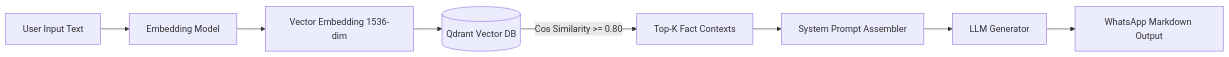
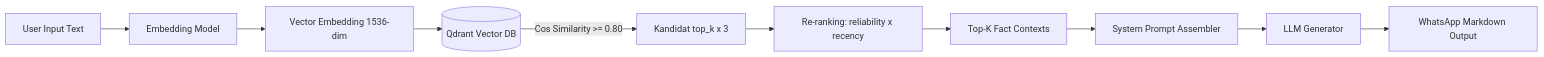
The diagram in obsidian-docs/Gemastik 2026 - Software Dev/03_Database/02_VectorDB_Specifications.md (dendik-creation/jawara-bot-ai), drawn with Mermaid before and after one commit. The commit also changed other lines of this file and 59 other files, not shown here.

````diff
--- a/obsidian-docs/Gemastik 2026 - Software Dev/03_Database/02_VectorDB_Specifications.md
+++ b/obsidian-docs/Gemastik 2026 - Software Dev/03_Database/02_VectorDB_Specifications.md
@@ -94,11 +103,13 @@
 ```mermaid
 flowchart LR
     Q[User Input Text] --> E[Embedding Model]
     E --> V[Vector Embedding 1536-dim]
     V --> QDB[(Qdrant Vector DB)]
 
-    QDB -->|Cos Similarity >= 0.80| TOPK[Top-K Fact Contexts]
+    QDB -->|Cos Similarity >= 0.80| CAND[Kandidat top_k x 3]
+    CAND --> RR[Re-ranking: reliability x recency]
+    RR --> TOPK[Top-K Fact Contexts]
     TOPK --> PROMPT[System Prompt Assembler]
     PROMPT --> LLM[LLM Generator]
     LLM --> OUT[WhatsApp Markdown Output]
 ```
````
